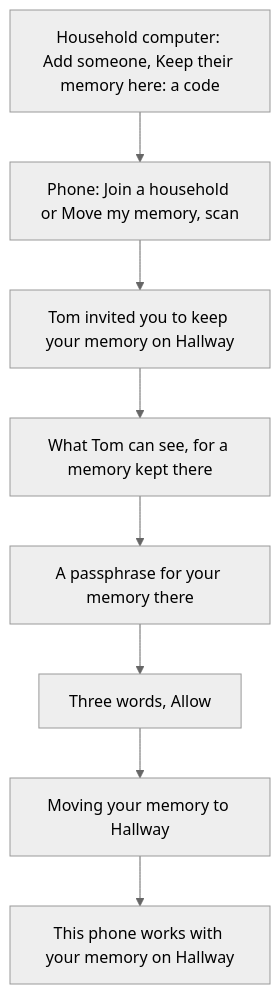
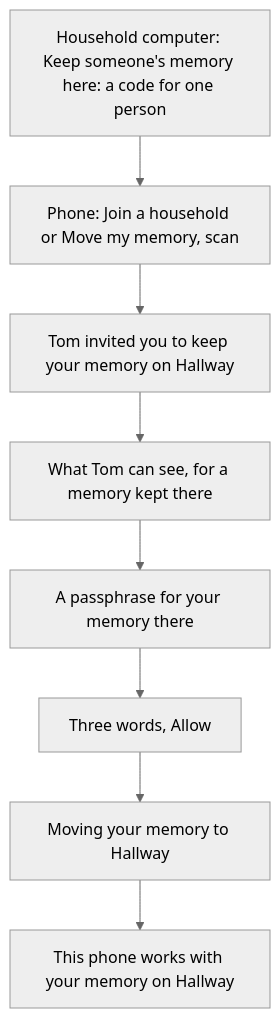
The third of 3 diagrams in docs/design/household-server.md (agync/nocturne), drawn with Mermaid (neutral theme) before and after one commit. The commit also changed other lines of this file and 26 other files, not shown here.

````diff
--- a/docs/design/household-server.md
+++ b/docs/design/household-server.md
@@ -176,10 +176,10 @@
 ```mermaid
 flowchart TD
-    A[Household computer: Add someone, Keep their memory here: a code] --> S[Phone: Join a household or Move my memory, scan]
+    A[Household computer: Keep someone's memory here: a code for one person] --> S[Phone: Join a household or Move my memory, scan]
     S --> F[Tom invited you to keep your memory on Hallway]
     F --> SK[What Tom can see, for a memory kept there]
     SK --> PP[A passphrase for your memory there]
     PP --> W[Three words, Allow]
     W --> MV[Moving your memory to Hallway]
     MV --> C[This phone works with your memory on Hallway]
 ```
````
